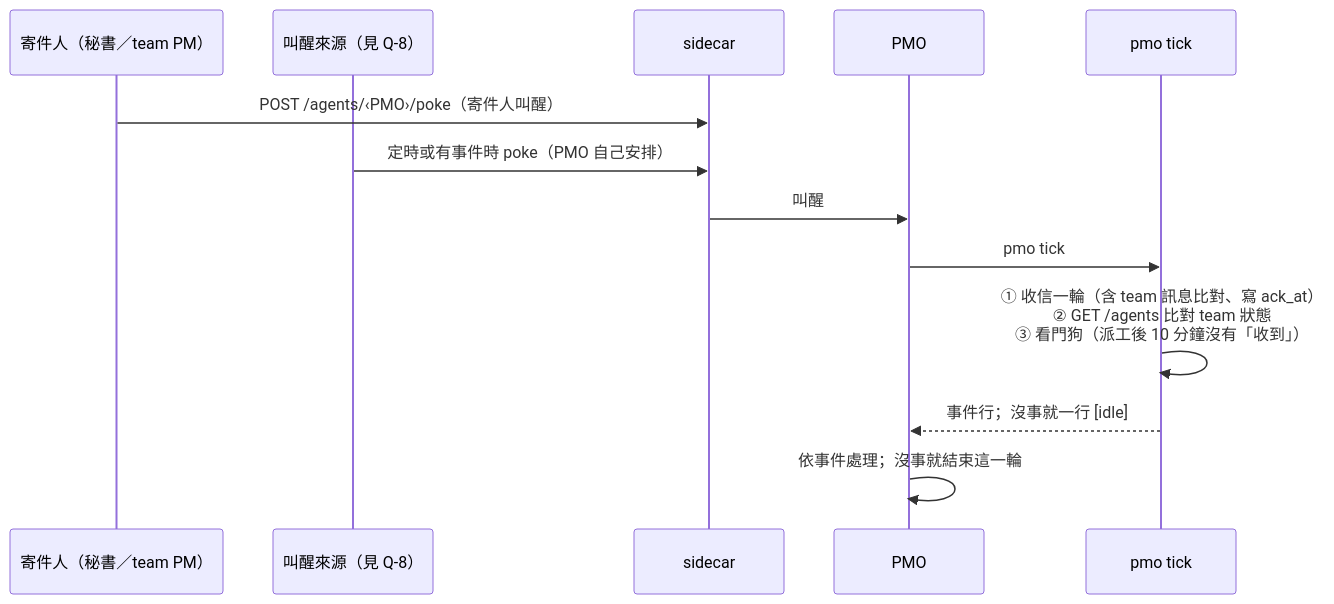
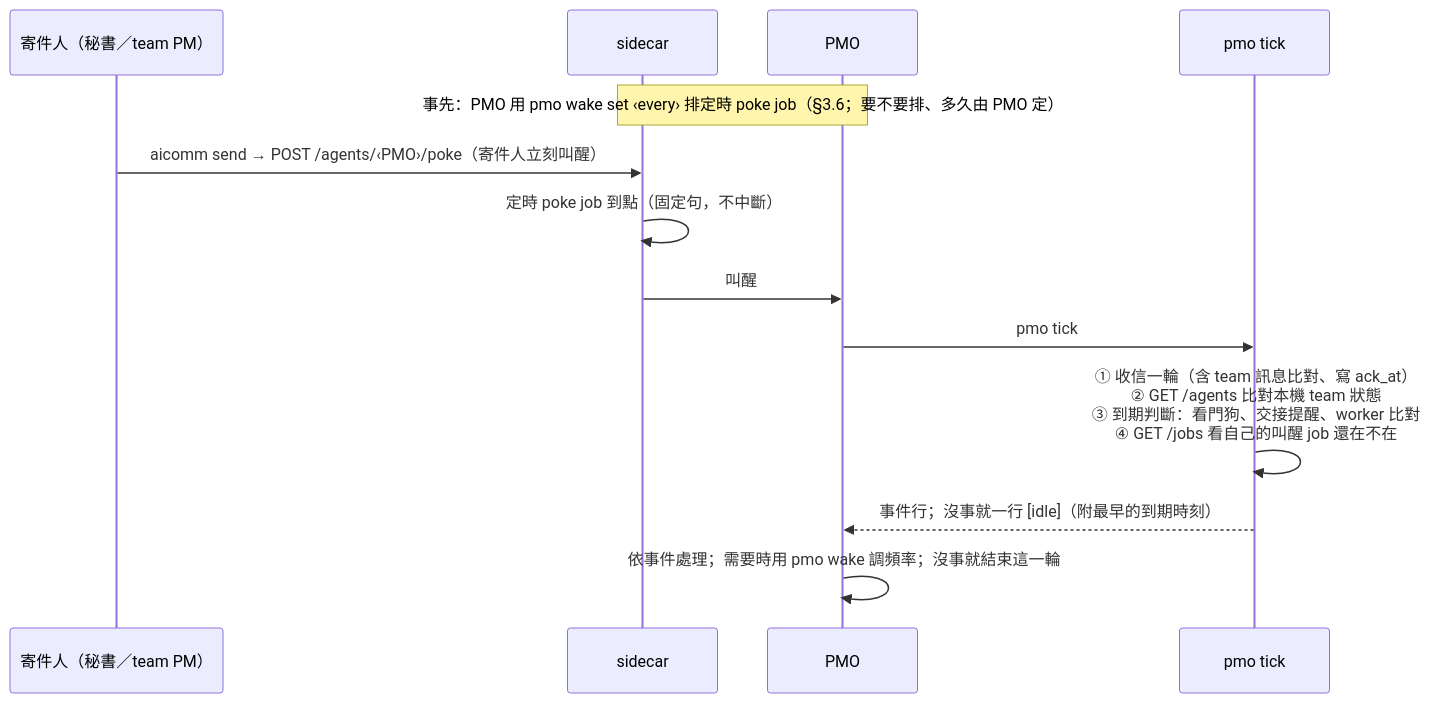
Before and after one commit to FATESAIKOU/MyAiStorage: the third of 5 diagrams in docs/design-notes/110-pmo-skill.md, drawn with Mermaid. The commit also changed other lines of this file and 2 other files, not shown here.

First line of the commit message:
docs: #110 design round 5 - Q-8 decided (a): PMO-owned sidecar poke job via `pmo wake`

````diff
--- a/docs/design-notes/110-pmo-skill.md
+++ b/docs/design-notes/110-pmo-skill.md
@@ -138,15 +137,15 @@
 ```mermaid
 sequenceDiagram
     participant X as 寄件人（秘書／team PM）
-    participant WK as 叫醒來源（見 Q-8）
     participant SC as sidecar
     participant P as PMO
     participant K as pmo tick
-    X->>SC: POST /agents/‹PMO›/poke（寄件人叫醒）
-    WK->>SC: 定時或有事件時 poke（PMO 自己安排）
+    Note over P,SC: 事先：PMO 用 pmo wake set ‹every› 排定時 poke job（§3.6；要不要排、多久由 PMO 定）
+    X->>SC: aicomm send → POST /agents/‹PMO›/poke（寄件人立刻叫醒）
+    SC->>SC: 定時 poke job 到點（固定句，不中斷）
     SC->>P: 叫醒
     P->>K: pmo tick
-    K->>K: ① 收信一輪（含 team 訊息比對、寫 ack_at）<br/>② GET /agents 比對 team 狀態<br/>③ 看門狗（派工後 10 分鐘沒有「收到」）
-    K-->>P: 事件行；沒事就一行 [idle]
-    P->>P: 依事件處理；沒事就結束這一輪
+    K->>K: ① 收信一輪（含 team 訊息比對、寫 ack_at）<br/>② GET /agents 比對本機 team 狀態<br/>③ 到期判斷：看門狗、交接提醒、worker 比對<br/>④ GET /jobs 看自己的叫醒 job 還在不在
+    K-->>P: 事件行；沒事就一行 [idle]（附最早的到期時刻）
+    P->>P: 依事件處理；需要時用 pmo wake 調頻率；沒事就結束這一輪
 ```
````
